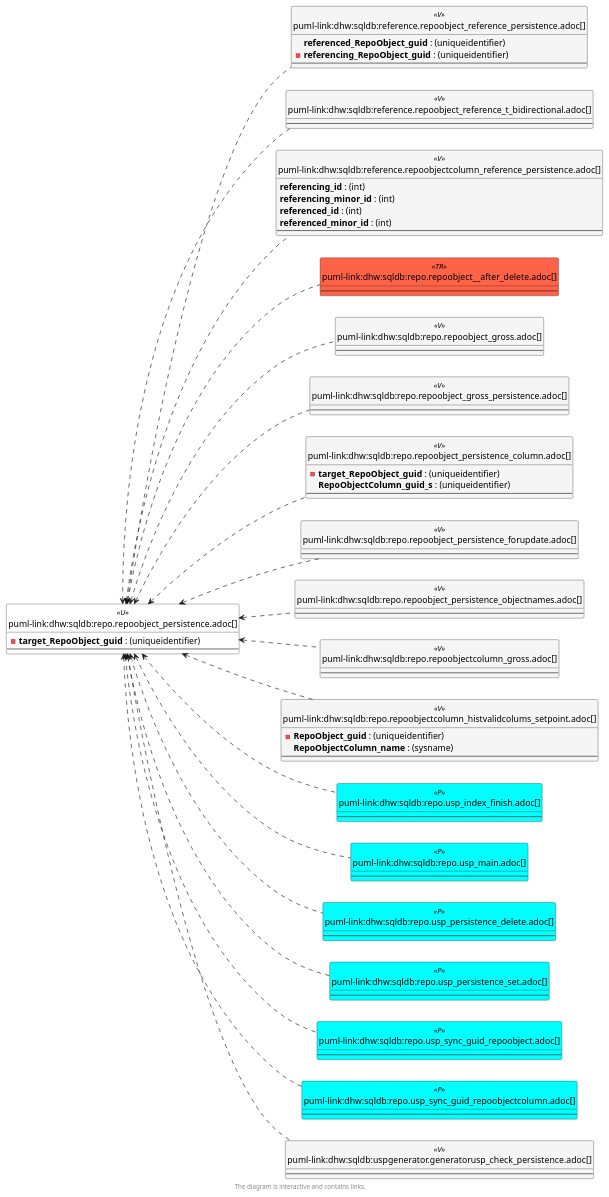
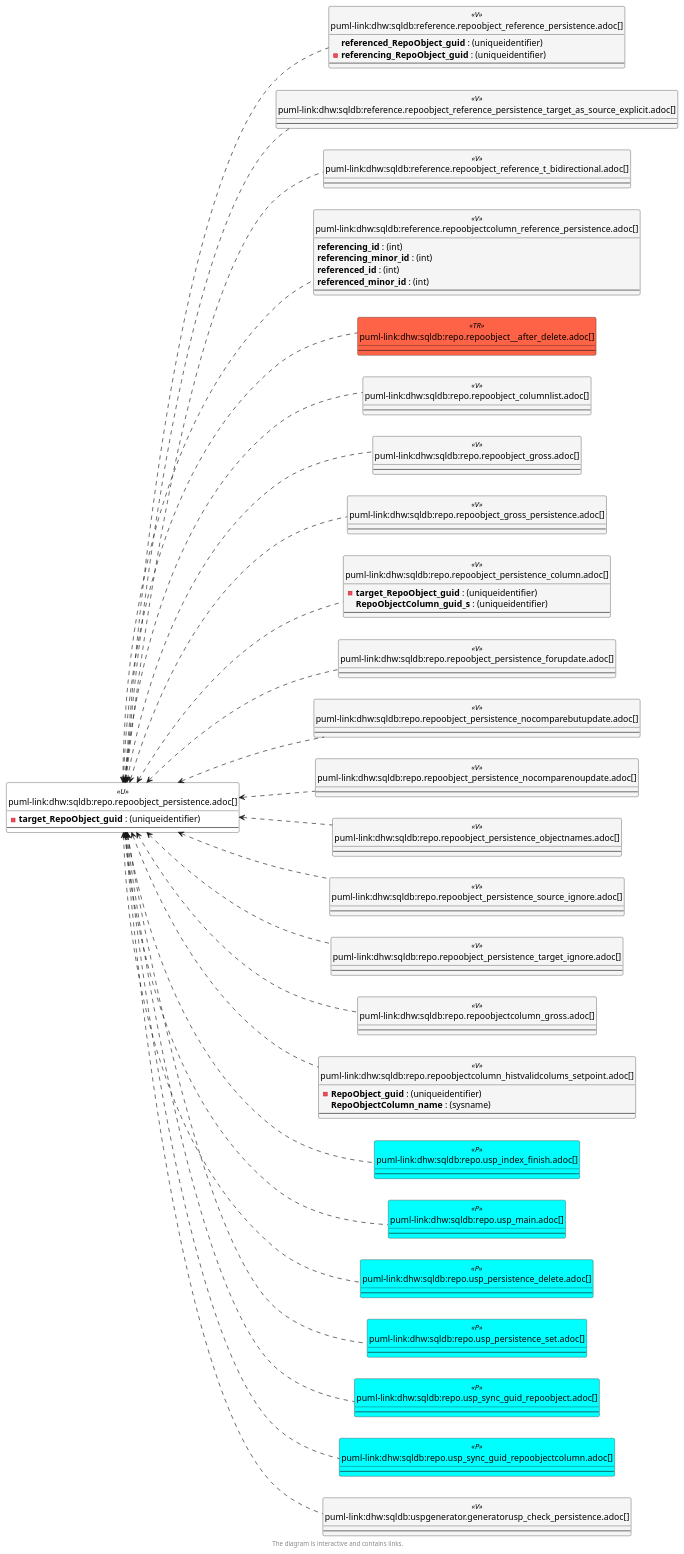
Before and after one commit to DataHandwerk/dhw-antora-sqldb: the third of 6 diagrams in docs/modules/sqldb/partials/content/repo.repoobject_persistence.adoc, drawn with PlantUML. The commit also changed other lines of this file and 751 other files, not shown here.

```diff
--- a/docs/modules/sqldb/partials/content/repo.repoobject_persistence.adoc
+++ b/docs/modules/sqldb/partials/content/repo.repoobject_persistence.adoc
@@ -1503,6 +1524,10 @@
   --
 }
 
+entity "puml-link:dhw:sqldb:reference.repoobject_reference_persistence_target_as_source_explicit.adoc[]" as reference.RepoObject_reference_persistence_target_as_source_explicit << V >> {
+  --
+}
+
 entity "puml-link:dhw:sqldb:reference.repoobject_reference_t_bidirectional.adoc[]" as reference.RepoObject_reference_T_bidirectional << V >> {
   --
 }
@@ -1516,6 +1541,10 @@
 }
 
 entity "puml-link:dhw:sqldb:repo.repoobject__after_delete.adoc[]" as repo.RepoObject__after_delete << TR >> {
+  --
+}
+
+entity "puml-link:dhw:sqldb:repo.repoobject_columnlist.adoc[]" as repo.RepoObject_ColumnList << V >> {
   --
 }
 
@@ -1542,7 +1571,23 @@
   --
 }
 
+entity "puml-link:dhw:sqldb:repo.repoobject_persistence_nocomparebutupdate.adoc[]" as repo.RepoObject_persistence_NoCompareButUpdate << V >> {
+  --
+}
+
+entity "puml-link:dhw:sqldb:repo.repoobject_persistence_nocomparenoupdate.adoc[]" as repo.RepoObject_persistence_NoCompareNoUpdate << V >> {
+  --
+}
+
 entity "puml-link:dhw:sqldb:repo.repoobject_persistence_objectnames.adoc[]" as repo.RepoObject_persistence_ObjectNames << V >> {
+  --
+}
+
+entity "puml-link:dhw:sqldb:repo.repoobject_persistence_source_ignore.adoc[]" as repo.RepoObject_persistence_source_Ignore << V >> {
+  --
+}
+
+entity "puml-link:dhw:sqldb:repo.repoobject_persistence_target_ignore.adoc[]" as repo.RepoObject_persistence_target_Ignore << V >> {
   --
 }
 
@@ -1585,15 +1630,15 @@
 }
 
 repo.RepoObject_persistence <.. reference.RepoObject_reference_persistence
+repo.RepoObject_persistence <.. repo.RepoObject_persistence_column
+repo.RepoObject_persistence <.. reference.RepoObjectColumn_reference_Persistence
 repo.RepoObject_persistence <.. repo.RepoObjectColumn_HistValidColums_setpoint
 repo.RepoObject_persistence <.. repo.RepoObjectColumn_gross
+repo.RepoObject_persistence <.. repo.RepoObject__after_delete
+repo.RepoObject_persistence <.. repo.RepoObject_persistence_ObjectNames
+repo.RepoObject_persistence <.. repo.RepoObject_ColumnList
 repo.RepoObject_persistence <.. repo.RepoObject_gross
 repo.RepoObject_persistence <.. repo.usp_sync_guid_RepoObject
-repo.RepoObject_persistence <.. repo.RepoObject__after_delete
-repo.RepoObject_persistence <.. repo.RepoObject_persistence_ObjectNames
-repo.RepoObject_persistence <.. repo.RepoObject_persistence_column
-repo.RepoObject_persistence <.. reference.RepoObjectColumn_reference_Persistence
-repo.RepoObject_persistence <.. uspgenerator.GeneratorUsp_check_persistence
 repo.RepoObject_persistence <.. repo.usp_sync_guid_RepoObjectColumn
 repo.RepoObject_persistence <.. repo.usp_persistence_set
 repo.RepoObject_persistence <.. repo.usp_main
@@ -1602,6 +1647,12 @@
 repo.RepoObject_persistence <.. reference.RepoObject_reference_T_bidirectional
 repo.RepoObject_persistence <.. repo.RepoObject_gross_persistence
 repo.RepoObject_persistence <.. repo.usp_persistence_delete
+repo.RepoObject_persistence <.. uspgenerator.GeneratorUsp_check_persistence
+repo.RepoObject_persistence <.. reference.RepoObject_reference_persistence_target_as_source_explicit
+repo.RepoObject_persistence <.. repo.RepoObject_persistence_NoCompareButUpdate
+repo.RepoObject_persistence <.. repo.RepoObject_persistence_NoCompareNoUpdate
+repo.RepoObject_persistence <.. repo.RepoObject_persistence_target_Ignore
+repo.RepoObject_persistence <.. repo.RepoObject_persistence_source_Ignore
 
 footer The diagram is interactive and contains links.
 
```
